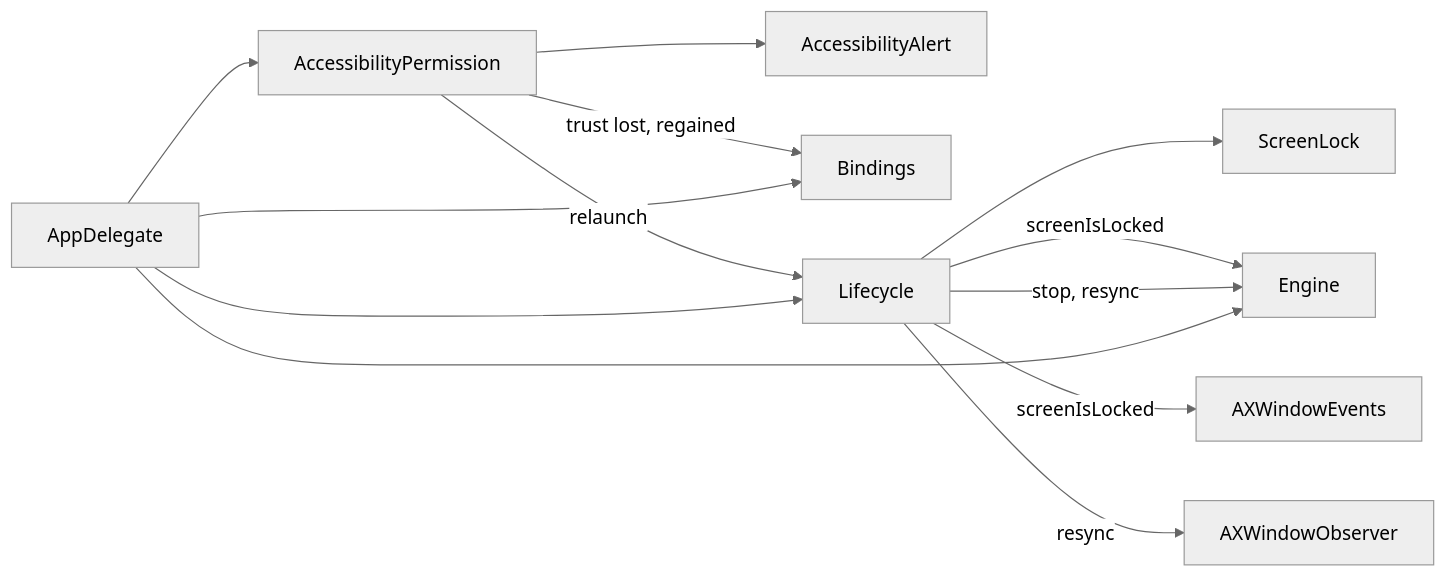
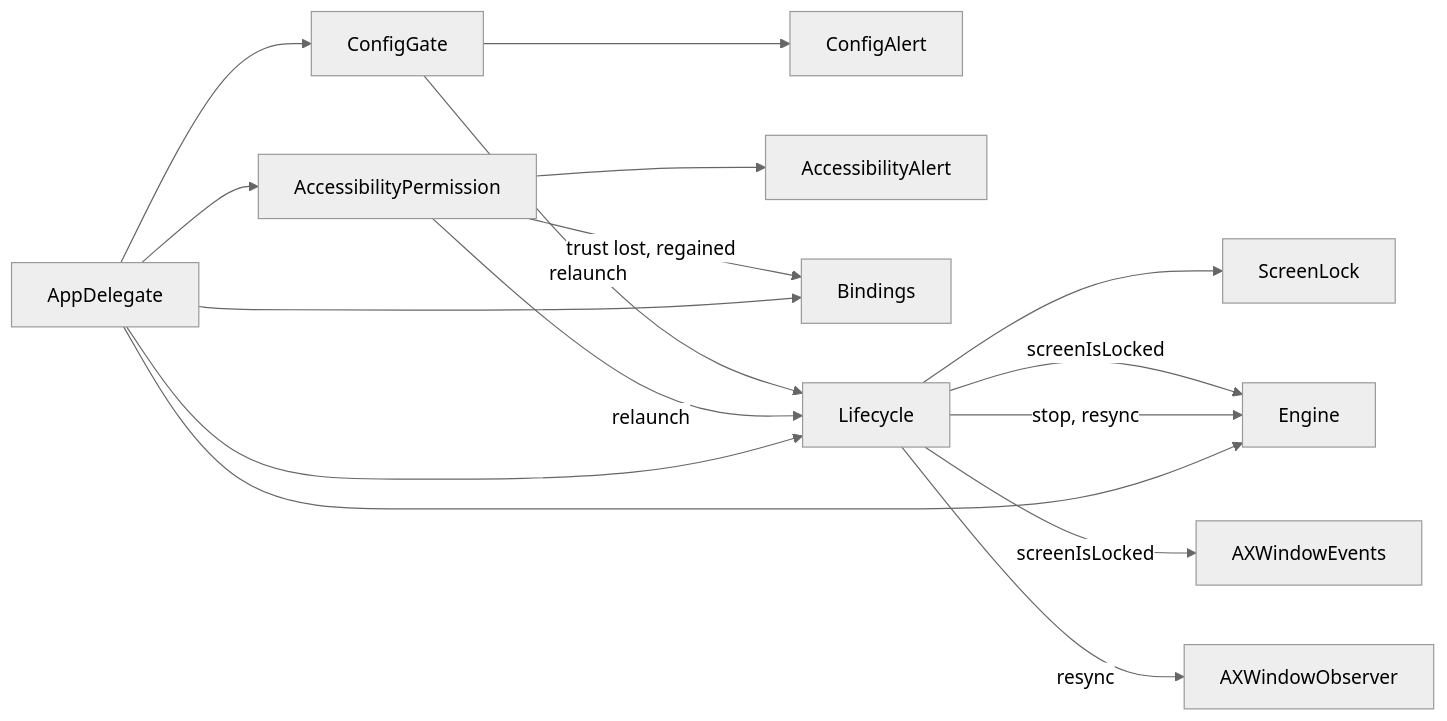
Before and after one commit to brennovich/ottowm: the sixth of 18 diagrams in ARCHITECTURE.md, drawn with Mermaid (neutral theme). The commit also changed other lines of this file and 4 other files, not shown here.

First line of the commit message:
Alert on a config error at boot

````diff
--- a/ARCHITECTURE.md
+++ b/ARCHITECTURE.md
@@ -153,15 +155,18 @@
 ```mermaid
 flowchart LR
+    AppDelegate --> ConfigGate
+    ConfigGate --> ConfigAlert
     AppDelegate --> AccessibilityPermission
     AccessibilityPermission --> AccessibilityAlert
     AppDelegate --> Engine
     AppDelegate --> Bindings
     AccessibilityPermission -->|trust lost, regained| Bindings
     AppDelegate --> Lifecycle
     Lifecycle --> ScreenLock
     Lifecycle -->|stop, resync| Engine
     Lifecycle -->|screenIsLocked| Engine
     Lifecycle -->|screenIsLocked| AXWindowEvents
     Lifecycle -->|resync| AXWindowObserver
     AccessibilityPermission -->|relaunch| Lifecycle
+    ConfigGate -->|relaunch| Lifecycle
 ```
````
